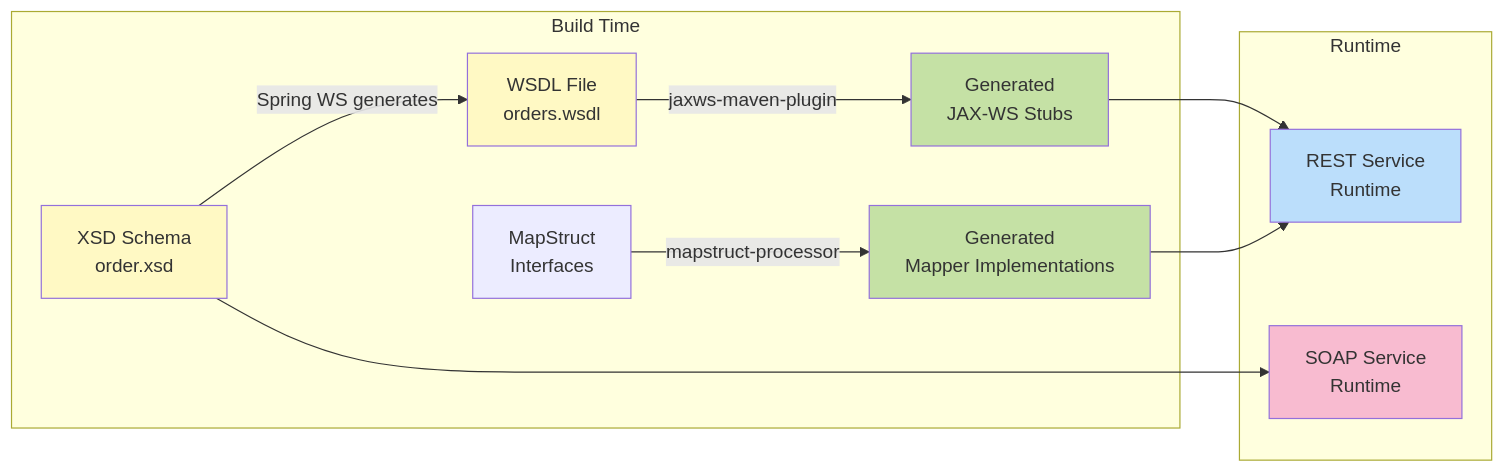
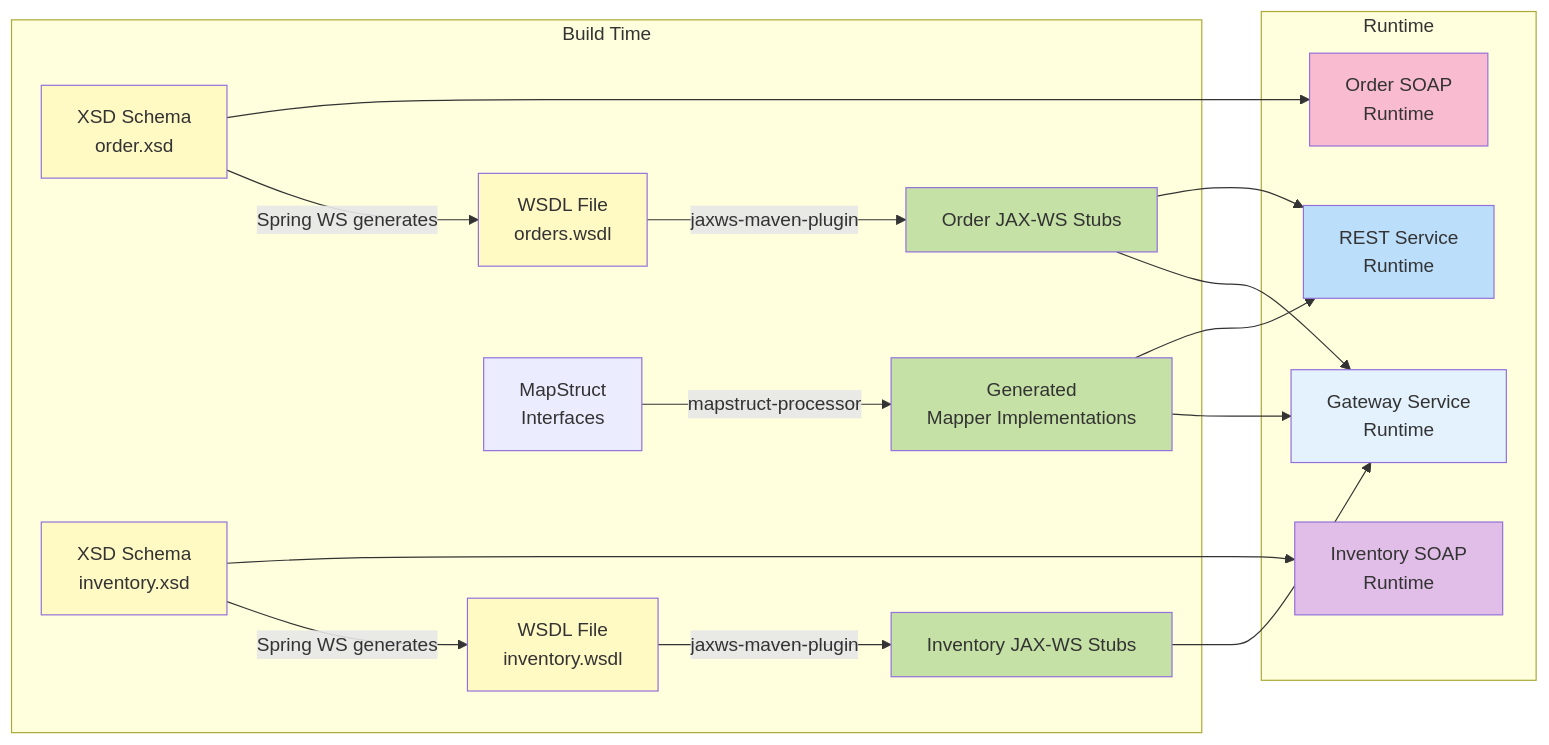
The fourth of 5 diagrams in docs/deployment-architecture.md (thuongtlh/soap-demo), drawn with Mermaid before and after one commit. The commit also changed other lines of this file and 4 other files, not shown here.

Commit message:
Update docs folder to include new services (inventory-soap-service and rest-service-gateway)

````diff
--- a/docs/deployment-architecture.md
+++ b/docs/deployment-architecture.md
@@ -184,27 +339,41 @@
 ```mermaid
 graph LR
     subgraph "Build Time"
-        XSD[XSD Schema<br/>order.xsd]
-        WSDL[WSDL File<br/>orders.wsdl]
+        OrderXSD[XSD Schema<br/>order.xsd]
+        InventoryXSD[XSD Schema<br/>inventory.xsd]
+        OrderWSDL[WSDL File<br/>orders.wsdl]
+        InventoryWSDL[WSDL File<br/>inventory.wsdl]
         
-        XSD -->|Spring WS generates| WSDL
-        WSDL -->|jaxws-maven-plugin| JAXWSCode[Generated<br/>JAX-WS Stubs]
+        OrderXSD -->|Spring WS generates| OrderWSDL
+        InventoryXSD -->|Spring WS generates| InventoryWSDL
+        OrderWSDL -->|jaxws-maven-plugin| OrderStubs[Order JAX-WS Stubs]
+        InventoryWSDL -->|jaxws-maven-plugin| InventoryStubs[Inventory JAX-WS Stubs]
         
         MapStructIF[MapStruct<br/>Interfaces]
         MapStructIF -->|mapstruct-processor| MapStructImpl[Generated<br/>Mapper Implementations]
     end
     
     subgraph "Runtime"
-        JAXWSCode --> RestRuntime[REST Service<br/>Runtime]
+        OrderStubs --> GatewayRuntime[Gateway Service<br/>Runtime]
+        InventoryStubs --> GatewayRuntime
+        MapStructImpl --> GatewayRuntime
+        
+        OrderStubs --> RestRuntime[REST Service<br/>Runtime]
         MapStructImpl --> RestRuntime
         
-        XSD --> SoapRuntime[SOAP Service<br/>Runtime]
+        OrderXSD --> OrderSoapRuntime[Order SOAP<br/>Runtime]
+        InventoryXSD --> InventorySoapRuntime[Inventory SOAP<br/>Runtime]
     end
     
-    style XSD fill:#fff9c4
-    style WSDL fill:#fff9c4
-    style JAXWSCode fill:#c5e1a5
+    style OrderXSD fill:#fff9c4
+    style InventoryXSD fill:#fff9c4
+    style OrderWSDL fill:#fff9c4
+    style InventoryWSDL fill:#fff9c4
+    style OrderStubs fill:#c5e1a5
+    style InventoryStubs fill:#c5e1a5
     style MapStructImpl fill:#c5e1a5
+    style GatewayRuntime fill:#e3f2fd
     style RestRuntime fill:#bbdefb
-    style SoapRuntime fill:#f8bbd0
+    style OrderSoapRuntime fill:#f8bbd0
+    style InventorySoapRuntime fill:#e1bee7
 ```
````
